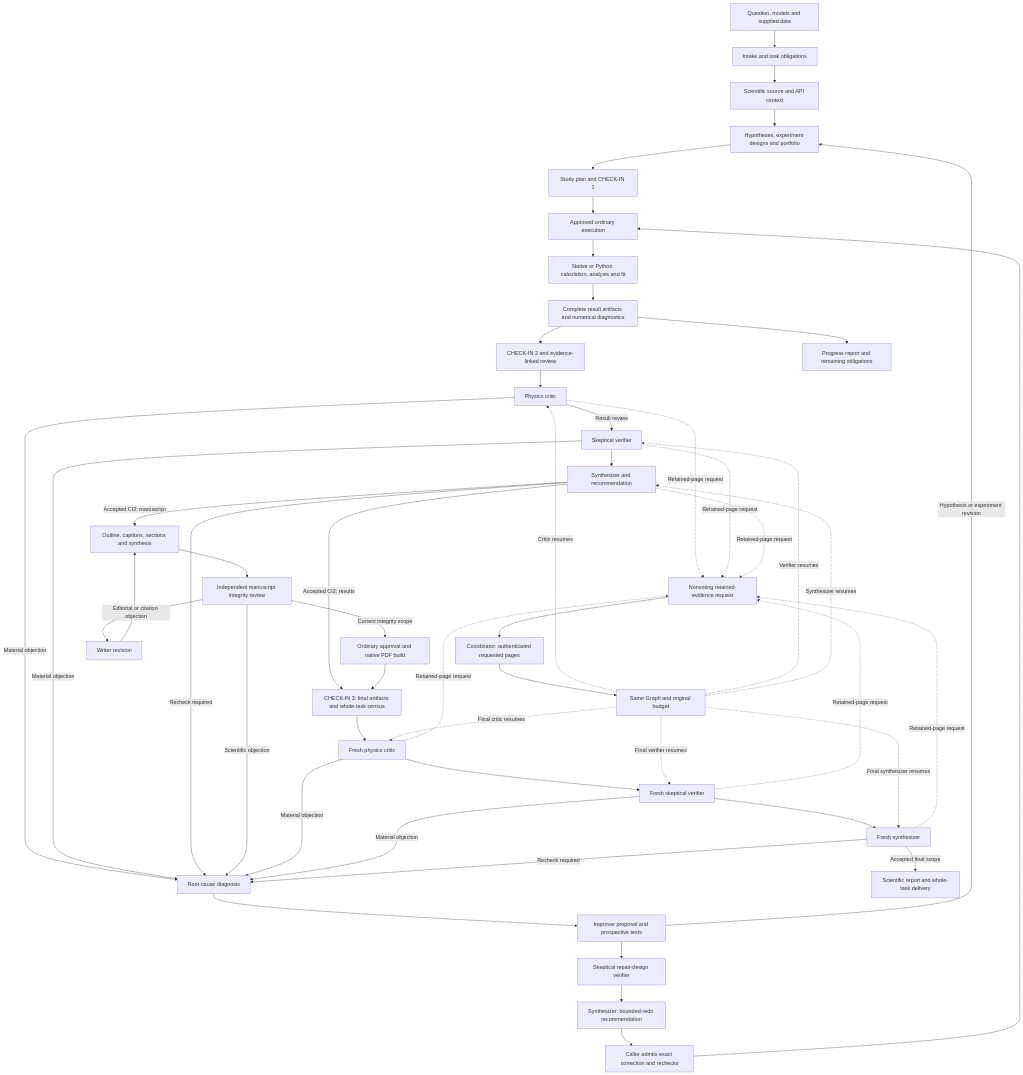
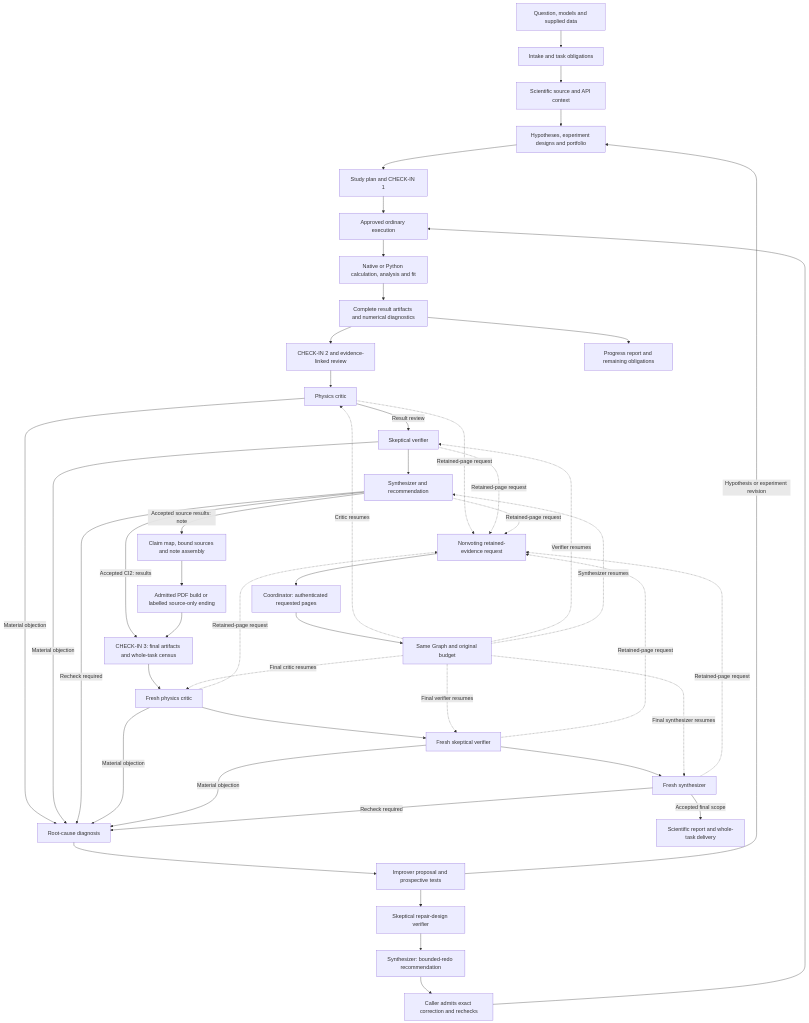
One commit to ammarphp/ravel changed the diagram in docs/architecture/README.md. Above: the diagram before and after it, drawn with Mermaid. The commit also changed other lines of this file and 2224 other files, not shown here.

````diff
--- a/docs/architecture/README.md
+++ b/docs/architecture/README.md
@@ -9,53 +25,49 @@
 ```mermaid
 flowchart TD
   Q[Question, models and supplied data] --> I[Intake and task obligations]
   I --> C[Scientific source and API context]
   C --> H[Hypotheses, experiment designs and portfolio]
   H --> P[Study plan and CHECK-IN 1]
   P --> X[Approved ordinary execution]
   X --> T[Native or Python calculation, analysis and fit]
   T --> O[Complete result artifacts and numerical diagnostics]
   O --> R[CHECK-IN 2 and evidence-linked review]
   R --> K[Physics critic]
   K -->|Result review| V[Skeptical verifier]
   V --> S[Synthesizer and recommendation]
   K -.->|Retained-page request| ER[Nonvoting retained-evidence request]
   V -.->|Retained-page request| ER
   S -.->|Retained-page request| ER
   ER --> EP[Coordinator: authenticated requested pages]
   EP --> RG[Same Graph and original budget]
   RG -.->|Critic resumes| K
   RG -.->|Verifier resumes| V
   RG -.->|Synthesizer resumes| S
   K -->|Material objection| B[Root-cause diagnosis]
   V -->|Material objection| B
   S -->|Recheck required| B
   B --> M[Improver proposal and prospective tests]
   M --> RV[Skeptical repair-design verifier]
   RV --> RS[Synthesizer: bounded-redo recommendation]
   RS --> CA[Caller admits exact correction and rechecks]
   CA --> X
   M -->|Hypothesis or experiment revision| H
   S -->|Accepted CI2: results| CI3[CHECK-IN 3: final artifacts and whole-task census]
-  S -->|Accepted CI2: manuscript| W[Outline, captions, sections and synthesis]
-  W --> IR[Independent manuscript integrity review]
-  IR -->|Current integrity scope| NB[Ordinary approval and native PDF build]
-  IR -->|Editorial or citation objection| WR[Writer revision]
-  WR --> W
-  IR -->|Scientific objection| B
+  S -->|Accepted source results: note| W[Claim map, bound sources and note assembly]
+  W --> NB[Admitted PDF build or labelled source-only ending]
   NB --> CI3
   CI3 --> K3[Fresh physics critic]
   K3 --> V3[Fresh skeptical verifier]
   V3 --> S3[Fresh synthesizer]
   K3 -.->|Retained-page request| ER
   V3 -.->|Retained-page request| ER
   S3 -.->|Retained-page request| ER
   RG -.->|Final critic resumes| K3
   RG -.->|Final verifier resumes| V3
   RG -.->|Final synthesizer resumes| S3
   K3 -->|Material objection| B
   V3 -->|Material objection| B
   S3 -->|Recheck required| B
   S3 -->|Accepted final scope| A[Scientific report and whole-task delivery]
   O --> G[Progress report and remaining obligations]
 ```
````
